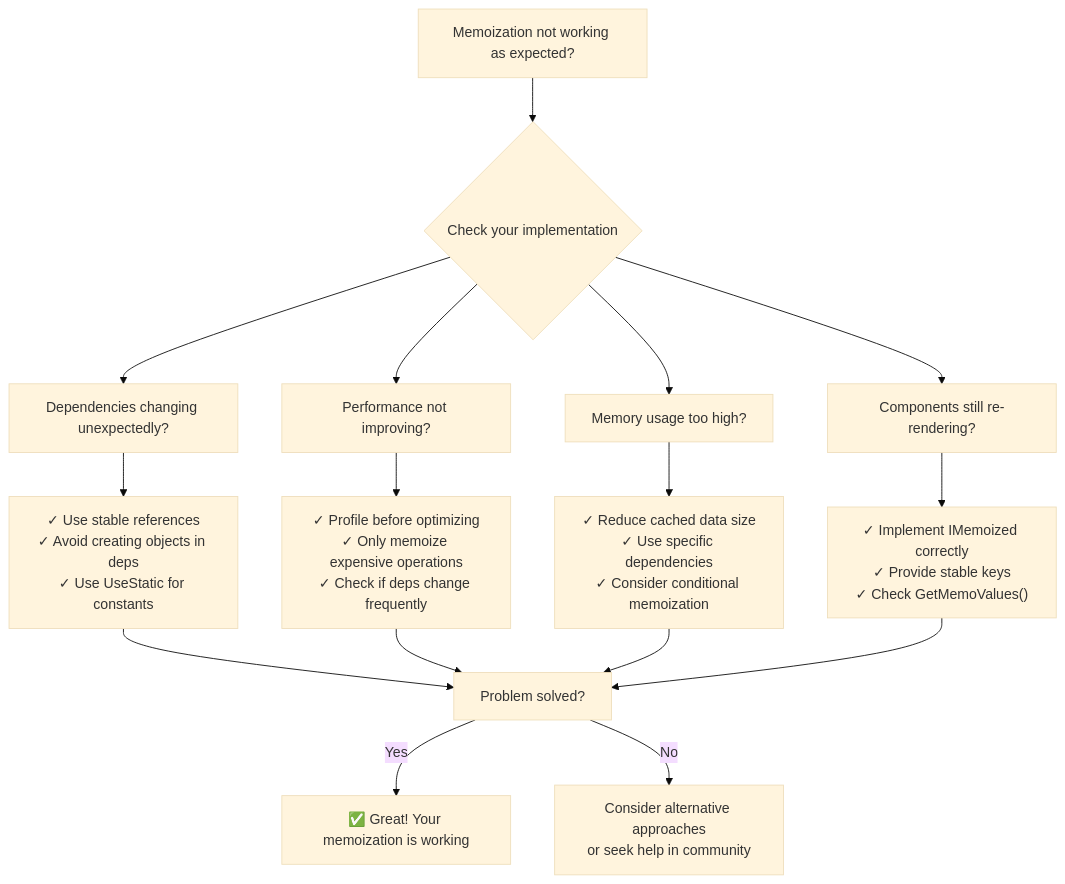
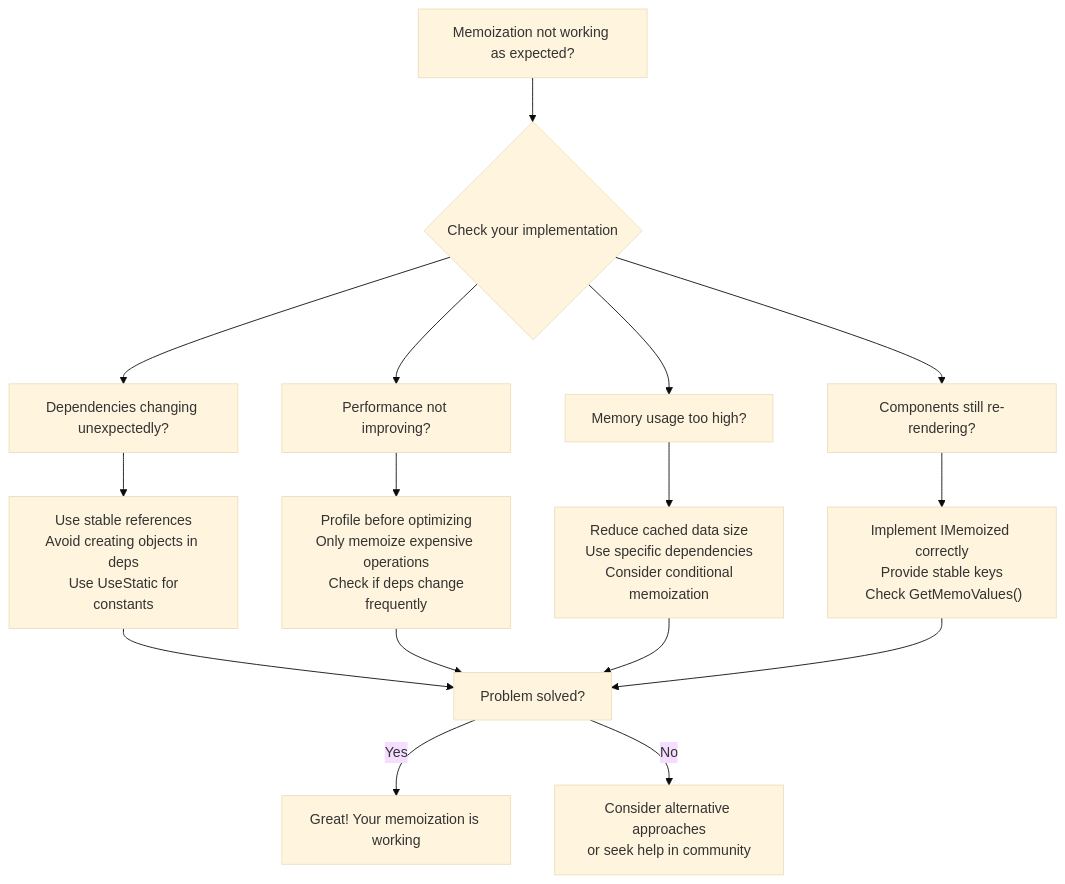
Before and after one commit to Ivy-Interactive/Ivy-Framework: the fifth of 5 diagrams in Ivy.Docs.Shared/Docs/04_Hooks/05_Memo.md, drawn with Mermaid (base theme). The commit also changed 3 other files, not shown here.

````diff
--- a/Ivy.Docs.Shared/Docs/04_Hooks/05_Memo.md
+++ b/Ivy.Docs.Shared/Docs/04_Hooks/05_Memo.md
@@ -424,22 +424,22 @@
 ```mermaid
 flowchart TD
     A["Memoization not working as expected?"] --> B{Check your implementation}
     
     B --> C["Dependencies changing unexpectedly?"]
     B --> D["Performance not improving?"]
     B --> E["Memory usage too high?"]
     B --> F["Components still re-rendering?"]
     
-    C --> C1["✓ Use stable references<br/>✓ Avoid creating objects in deps<br/>✓ Use UseStatic for constants"]
-    D --> D1["✓ Profile before optimizing<br/>✓ Only memoize expensive operations<br/>✓ Check if deps change frequently"]
-    E --> E1["✓ Reduce cached data size<br/>✓ Use specific dependencies<br/>✓ Consider conditional memoization"]
-    F --> F1["✓ Implement IMemoized correctly<br/>✓ Provide stable keys<br/>✓ Check GetMemoValues()"]
+    C --> C1["Use stable references<br/>Avoid creating objects in deps<br/> Use UseStatic for constants"]
+    D --> D1["Profile before optimizing<br/>Only memoize expensive operations<br/> Check if deps change frequently"]
+    E --> E1["Reduce cached data size<br/>Use specific dependencies<br/> Consider conditional memoization"]
+    F --> F1["Implement IMemoized correctly<br/>Provide stable keys<br/> Check GetMemoValues()"]
     
     C1 --> G["Problem solved?"]
     D1 --> G
     E1 --> G
     F1 --> G
     
-    G -->|Yes| H["✅ Great! Your memoization is working"]
+    G -->|Yes| H["Great! Your memoization is working"]
     G -->|No| I["Consider alternative approaches<br/>or seek help in community"]
 ```
````
